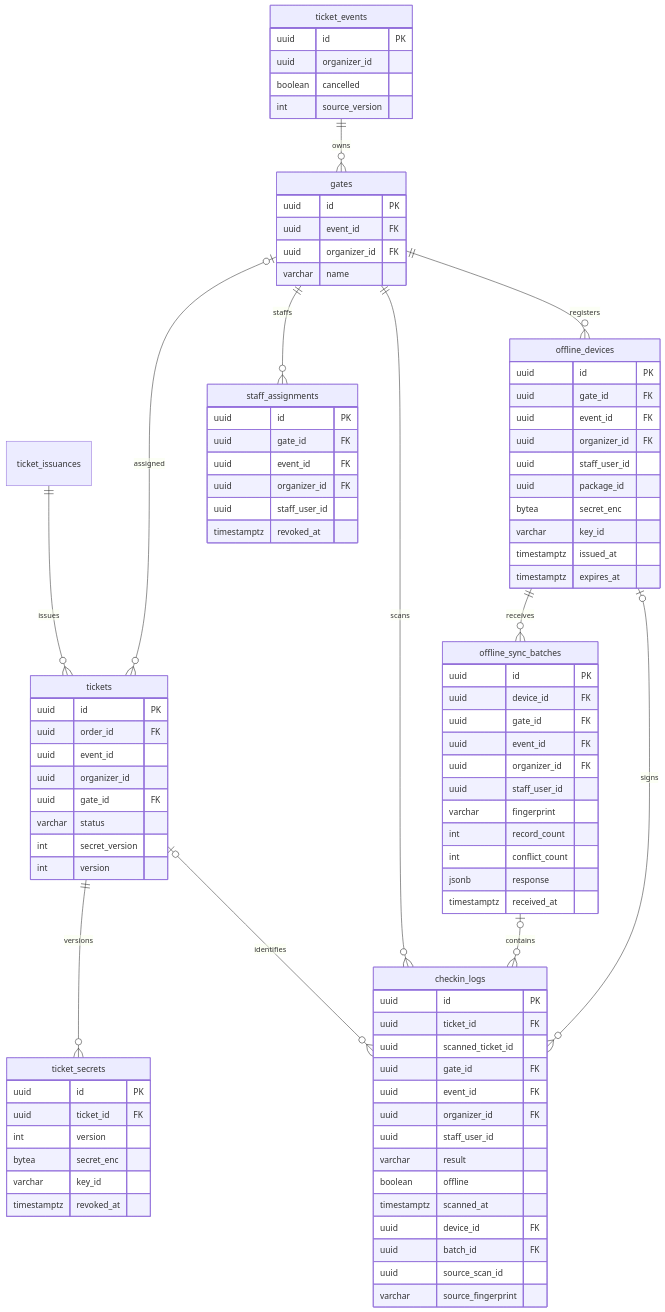
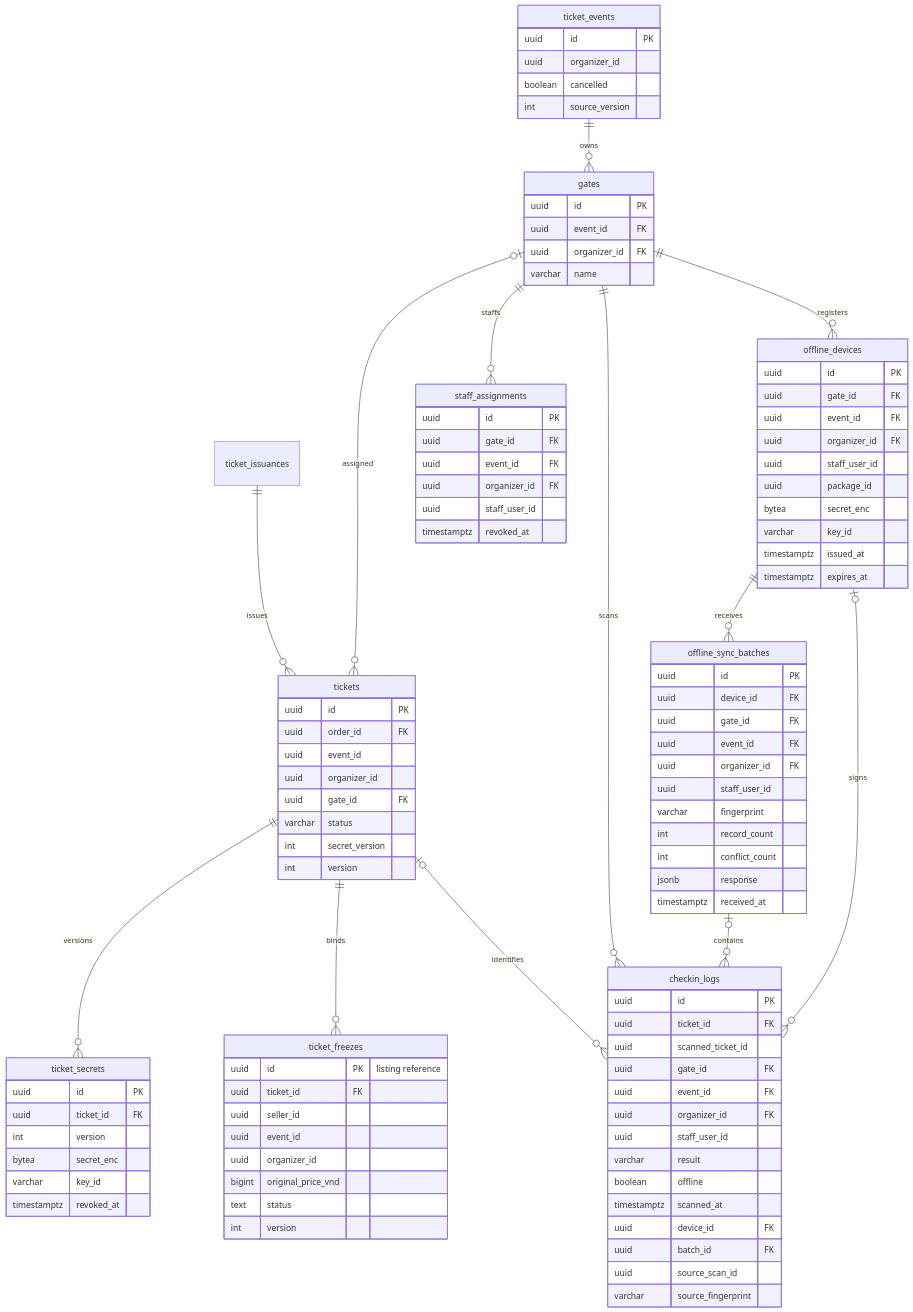
One commit to tvangx/VENTIX changed the diagram in docs/erd/ticket.md. Above: the diagram before and after it, drawn with Mermaid. The commit also changed other lines of this file and 43 other files, not shown here.

```diff
--- a/docs/erd/ticket.md
+++ b/docs/erd/ticket.md
@@ -4,6 +4,7 @@
 erDiagram
   ticket_issuances ||--o{ tickets : issues
   tickets ||--o{ ticket_secrets : versions
+  tickets ||--o{ ticket_freezes : binds
   ticket_events ||--o{ gates : owns
   gates o|--o{ tickets : assigned
   gates ||--o{ staff_assignments : staffs
@@ -30,6 +31,16 @@
     bytea secret_enc
     varchar key_id
     timestamptz revoked_at
+  }
+  ticket_freezes {
+    uuid id PK "listing reference"
+    uuid ticket_id FK
+    uuid seller_id
+    uuid event_id
+    uuid organizer_id
+    bigint original_price_vnd
+    text status
+    int version
   }
   ticket_events {
     uuid id PK
```
